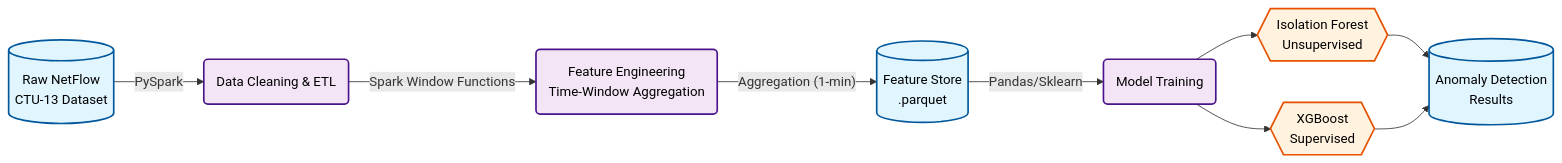
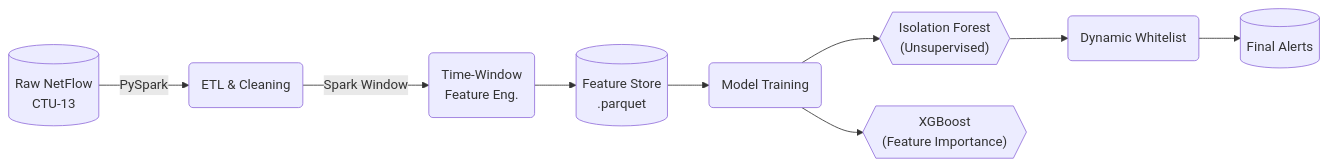
One commit to ubn2vm/NetworkAnomalyDetection changed the first of 2 diagrams in README.md. Above: the diagram before and after it, drawn with Mermaid. The commit also changed other lines of this file and 68 other files, not shown here.

````diff
--- a/README.md
+++ b/README.md
@@ -37,15 +30,11 @@
 ```mermaid
 flowchart LR
-    %% 定義樣式類別以統一視覺
-    classDef storage fill:#e1f5fe,stroke:#01579b,stroke-width:2px,color:black;
-    classDef process fill:#f3e5f5,stroke:#4a148c,stroke-width:2px,color:black;
-    classDef model fill:#fff3e0,stroke:#e65100,stroke-width:2px,color:black;
-
-    A[("Raw NetFlow\nCTU-13 Dataset")]:::storage -- PySpark --> B(Data Cleaning & ETL):::process
-    B -- Spark Window Functions --> C(Feature Engineering\nTime-Window Aggregation):::process
-    C -- "Aggregation (1-min)" --> D[("Feature Store\n.parquet")]:::storage
-    D -- Pandas/Sklearn --> E(Model Training):::process
-    E --> F{{"Isolation Forest\nUnsupervised"}}:::model & G{{"XGBoost\nSupervised"}}:::model
-    F --> H[("Anomaly Detection\nResults")]:::storage
-    G --> H
+    A[("Raw NetFlow\nCTU-13")] -->|PySpark| B(ETL & Cleaning)
+    B -->|Spark Window| C(Time-Window\nFeature Eng.)
+    C --> D[("Feature Store\n.parquet")]
+    D --> E(Model Training)
+    E --> F{{"Isolation Forest\n(Unsupervised)"}}
+    E --> G{{"XGBoost\n(Feature Importance)"}}
+    F --> H(Dynamic Whitelist)
+    H --> I[("Final Alerts")]
 ```
````
